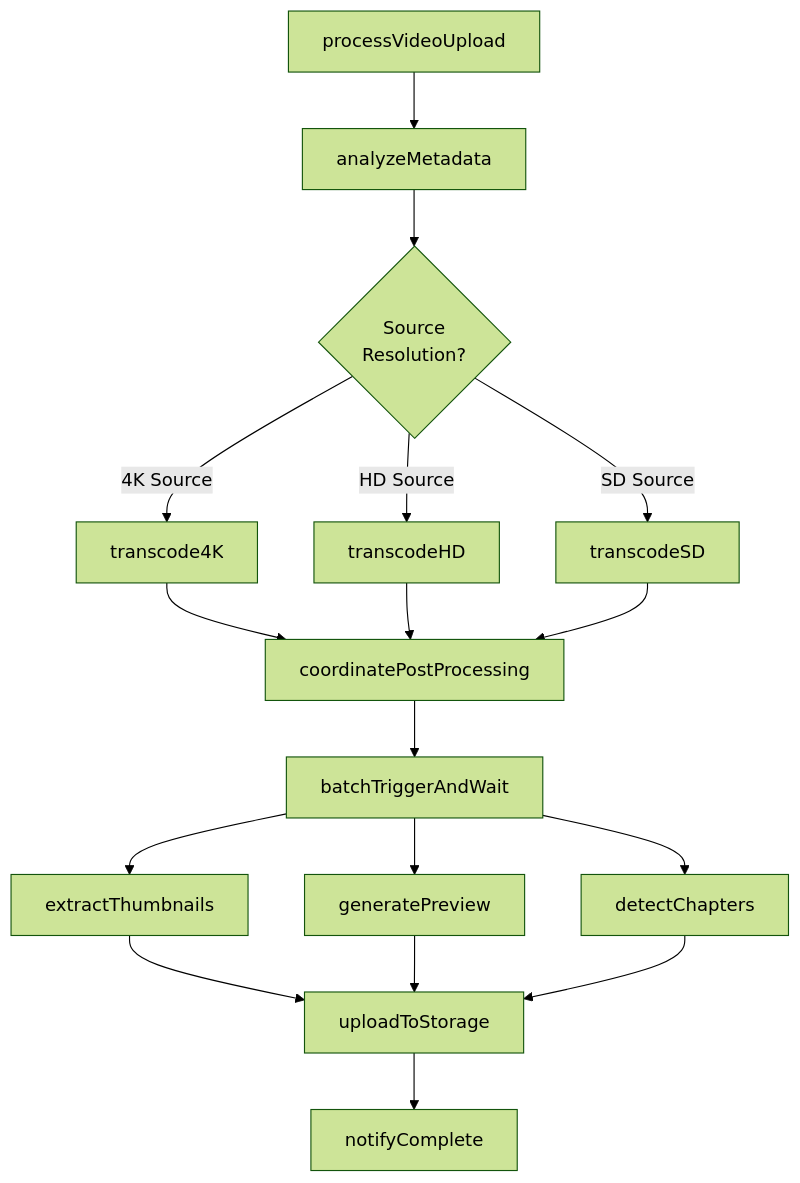
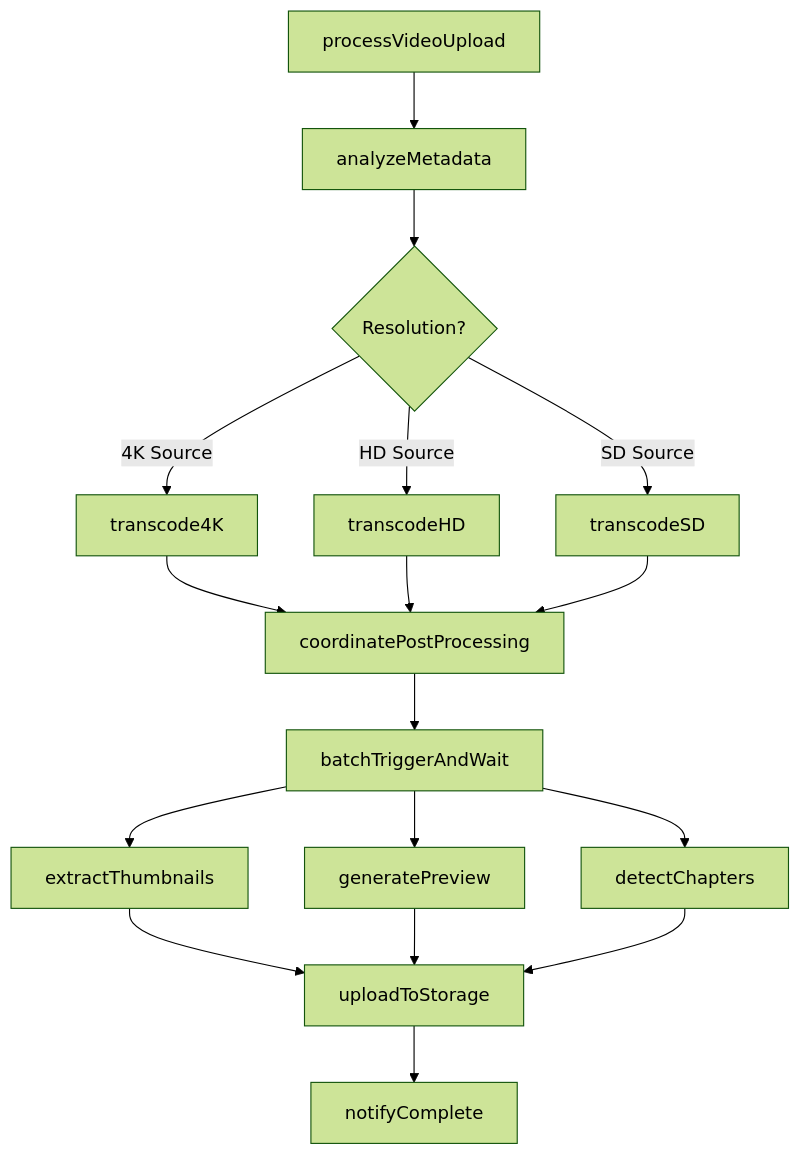
One commit to triggerdotdev/trigger.dev changed the second of 5 diagrams in docs/guides/use-cases/media-processing.mdx. Above: the diagram before and after it, drawn with Mermaid (forest theme). The commit also changed other lines of this file and 1 other file, not shown here.

First line of the commit message:
docs: fix mermaid decision nodes with br tags

````diff
--- a/docs/guides/use-cases/media-processing.mdx
+++ b/docs/guides/use-cases/media-processing.mdx
@@ -71,19 +71,19 @@
 ```mermaid
 graph TB
     A[processVideoUpload] --> B[analyzeMetadata]
-    B --> C{Source<br/>Resolution?}
+    B --> C{Resolution?}
     C -->|4K Source| D[transcode4K]
     C -->|HD Source| E[transcodeHD]
     C -->|SD Source| F[transcodeSD]
     D --> G[coordinatePostProcessing]
     E --> G
     F --> G
     G --> H[batchTriggerAndWait]
     H --> I[extractThumbnails]
     H --> J[generatePreview]
     H --> K[detectChapters]
     I --> L[uploadToStorage]
     J --> L
     K --> L
     L --> M[notifyComplete]
 ```
````
